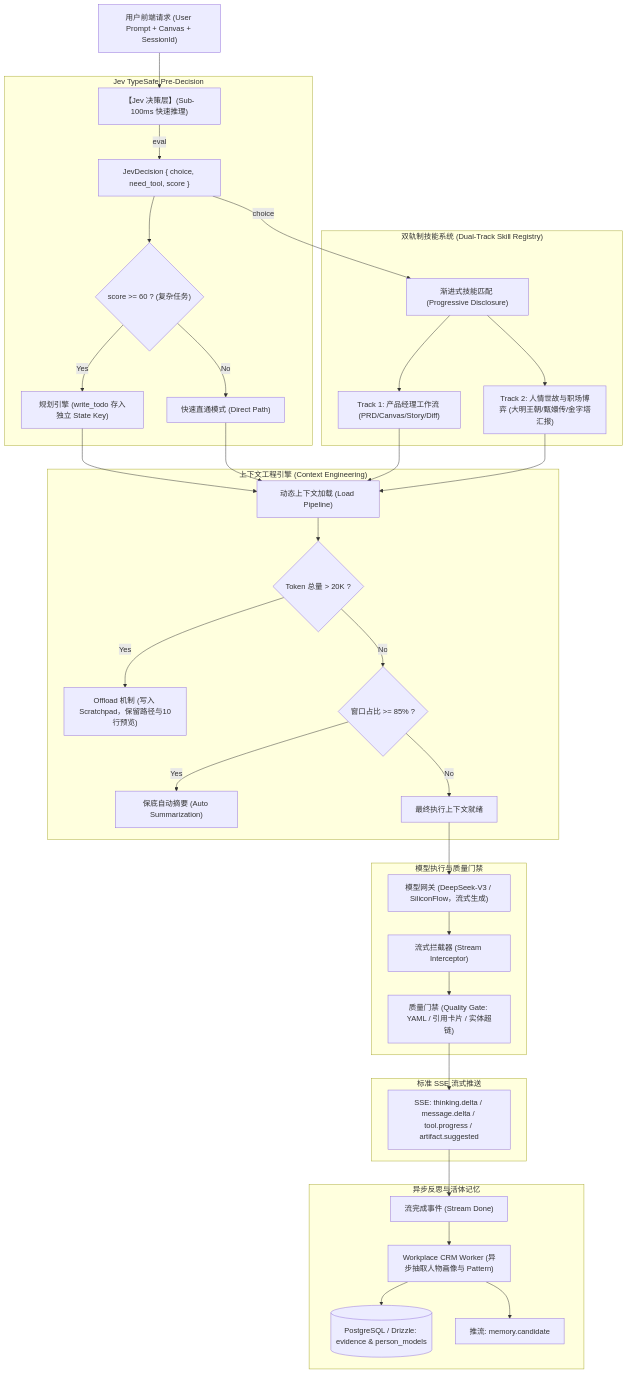
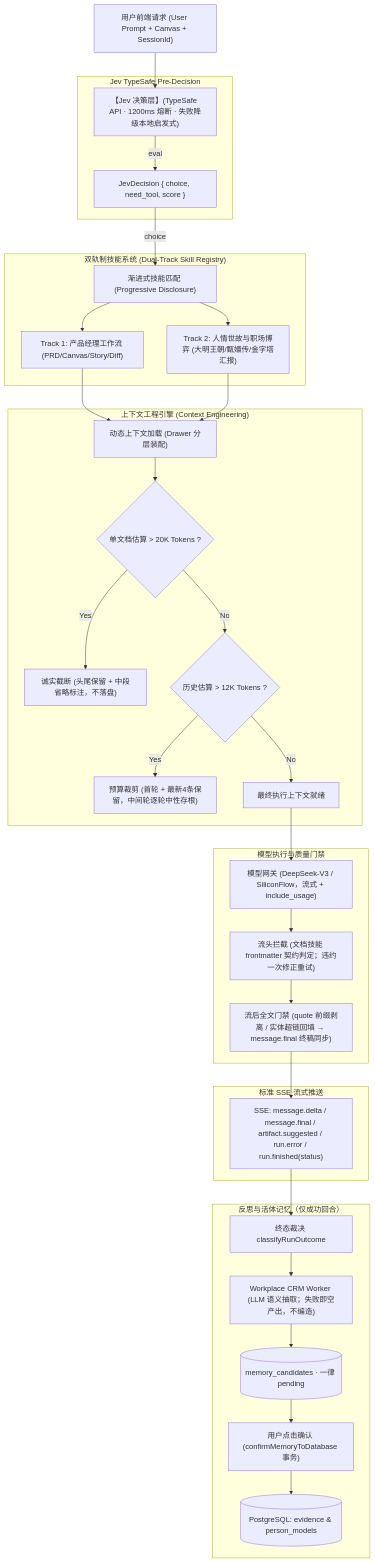
One commit to samlaying/PANGBAI changed the first of 2 diagrams in docs/architecture/backend-harness-architecture.md. Above: the diagram before and after it, drawn with Mermaid. The commit also changed other lines of this file and 1 other file, not shown here.

````diff
--- a/docs/architecture/backend-harness-architecture.md
+++ b/docs/architecture/backend-harness-architecture.md
@@ -41,47 +42,43 @@
 ```mermaid
 flowchart TD
-    UserReq["用户前端请求 (User Prompt + Canvas + SessionId)"] --> JevLayer["【Jev 决策层】(Sub-100ms 快速推理)"]
+    UserReq["用户前端请求 (User Prompt + Canvas + SessionId)"] --> JevLayer["【Jev 决策层】(TypeSafe API · 1200ms 熔断 · 失败降级本地启发式)"]
     
     subgraph JevEngine ["Jev TypeSafe Pre-Decision"]
         JevLayer --> |eval| DecisionRes["JevDecision { choice, need_tool, score }"]
-        DecisionRes --> ScoreCheck{"score >= 60 ? (复杂任务)"}
-        ScoreCheck -- Yes --> PlanAction["规划引擎 (write_todo 存入独立 State Key)"]
-        ScoreCheck -- No --> FastPath["快速直通模式 (Direct Path)"]
     end
 
     subgraph SkillRegistry ["双轨制技能系统 (Dual-Track Skill Registry)"]
         DecisionRes --> |choice| SkillMatch["渐进式技能匹配 (Progressive Disclosure)"]
         SkillMatch --> Track1["Track 1: 产品经理工作流 (PRD/Canvas/Story/Diff)"]
         SkillMatch --> Track2["Track 2: 人情世故与职场博弈 (大明王朝/甄嬛传/金字塔汇报)"]
     end
 
     subgraph ContextEngine ["上下文工程引擎 (Context Engineering)"]
-        PlanAction --> Assemble["动态上下文加载 (Load Pipeline)"]
-        FastPath --> Assemble
-        Track1 --> Assemble
+        Track1 --> Assemble["动态上下文加载 (Drawer 分层装配)"]
         Track2 --> Assemble
         
-        Assemble --> TokenBudget{"Token 总量 > 20K ?"}
-        TokenBudget -- Yes --> Offload["Offload 机制 (写入 Scratchpad，保留路径与10行预览)"]
-        TokenBudget -- No --> WindowBudget{"窗口占比 >= 85% ?"}
-        WindowBudget -- Yes --> AutoSummary["保底自动摘要 (Auto Summarization)"]
+        Assemble --> TokenBudget{"单文档估算 > 20K Tokens ?"}
+        TokenBudget -- Yes --> Truncate["诚实截断 (头尾保留 + 中段省略标注，不落盘)"]
+        TokenBudget -- No --> WindowBudget{"历史估算 > 12K Tokens ?"}
+        WindowBudget -- Yes --> Prune["预算裁剪 (首轮 + 最新4条保留，中间轮逐轮中性存根)"]
         WindowBudget -- No --> ContextReady["最终执行上下文就绪"]
     end
 
     subgraph ExecutionGate ["模型执行与质量门禁"]
-        ContextReady --> LLMGateway["模型网关 (DeepSeek-V3 / SiliconFlow，流式生成)"]
-        LLMGateway --> StreamInterceptor["流式拦截器 (Stream Interceptor)"]
-        StreamInterceptor --> QualityGate["质量门禁 (Quality Gate: YAML / 引用卡片 / 实体超链)"]
+        ContextReady --> LLMGateway["模型网关 (DeepSeek-V3 / SiliconFlow，流式 + include_usage)"]
+        LLMGateway --> HeadGate["流头拦截 (文档技能 frontmatter 契约判定；违约一次修正重试)"]
+        HeadGate --> QualityGate["流后全文门禁 (quote 前缀剥离 / 实体超链回填 → message.final 终稿同步)"]
     end
 
     subgraph SSEStream ["标准 SSE 流式推送"]
-        QualityGate --> SSE_Events["SSE: thinking.delta / message.delta / tool.progress / artifact.suggested"]
+        QualityGate --> SSE_Events["SSE: message.delta / message.final / artifact.suggested / run.error / run.finished(status)"]
     end
 
-    subgraph BackgroundWorker ["异步反思与活体记忆"]
-        SSE_Events --> StreamDone["流完成事件 (Stream Done)"]
-        StreamDone --> CRMWorker["Workplace CRM Worker (异步抽取人物画像与 Pattern)"]
-        CRMWorker --> EvidenceDB[(PostgreSQL / Drizzle: evidence & person_models)]
-        CRMWorker --> MemoryCandidate["推流: memory.candidate"]
+    subgraph BackgroundWorker ["反思与活体记忆（仅成功回合）"]
+        SSE_Events --> Outcome["终态裁决 classifyRunOutcome"]
+        Outcome --> CRMWorker["Workplace CRM Worker (LLM 语义抽取；失败即空产出，不编造)"]
+        CRMWorker --> PendingCand[(memory_candidates · 一律 pending)]
+        PendingCand --> Confirm["用户点击确认 (confirmMemoryToDatabase 事务)"]
+        Confirm --> EvidenceDB[(PostgreSQL: evidence & person_models)]
     end
 ```
````
